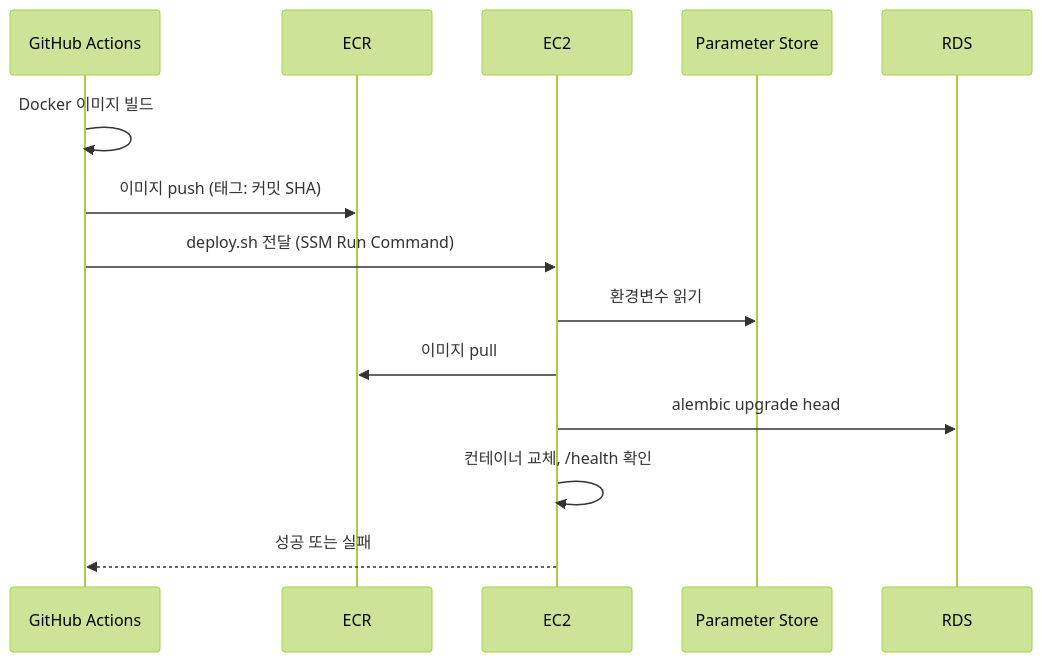
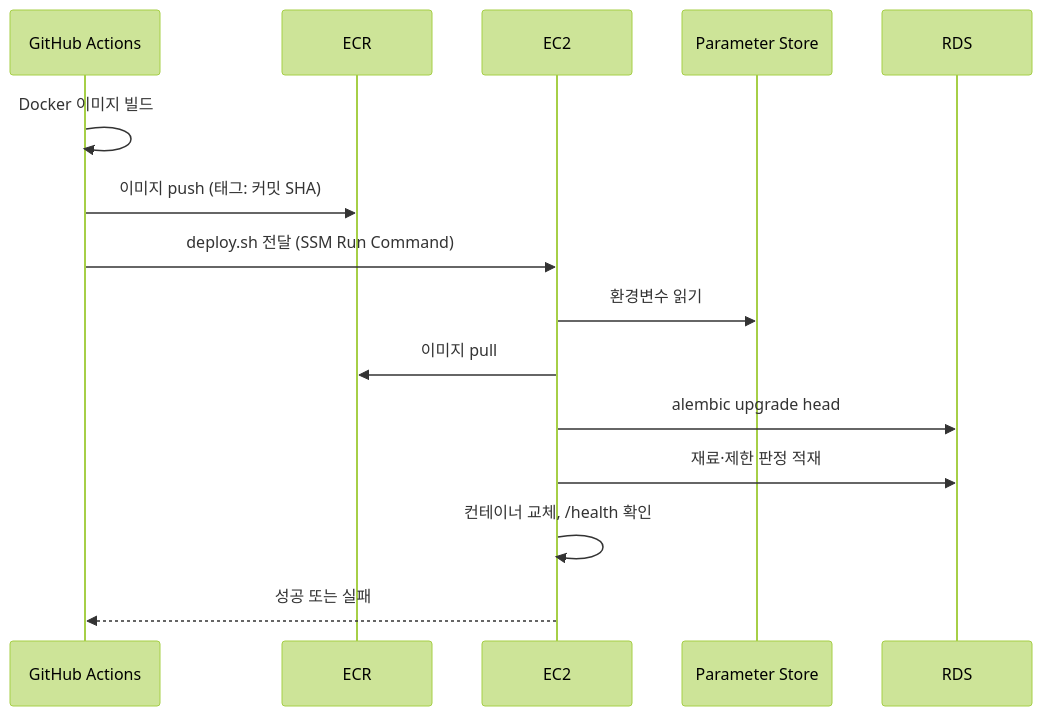
One commit to snuhcs-course/swpp-2026-project-team-08 changed the second of 2 diagrams in server/docs/deploy.md. Above: the diagram before and after it, drawn with Mermaid (forest theme). The commit also changed other lines of this file and 15 other files, not shown here.

````diff
--- a/server/docs/deploy.md
+++ b/server/docs/deploy.md
@@ -57,17 +58,18 @@
 ```mermaid
 sequenceDiagram
   participant GH as GitHub Actions
   participant ECR
   participant EC2
   participant PS as Parameter Store
   participant DB as RDS
 
   GH->>GH: Docker 이미지 빌드
   GH->>ECR: 이미지 push (태그: 커밋 SHA)
   GH->>EC2: deploy.sh 전달 (SSM Run Command)
   EC2->>PS: 환경변수 읽기
   EC2->>ECR: 이미지 pull
   EC2->>DB: alembic upgrade head
+  EC2->>DB: 재료·제한 판정 적재
   EC2->>EC2: 컨테이너 교체, /health 확인
   EC2-->>GH: 성공 또는 실패
 ```
````
